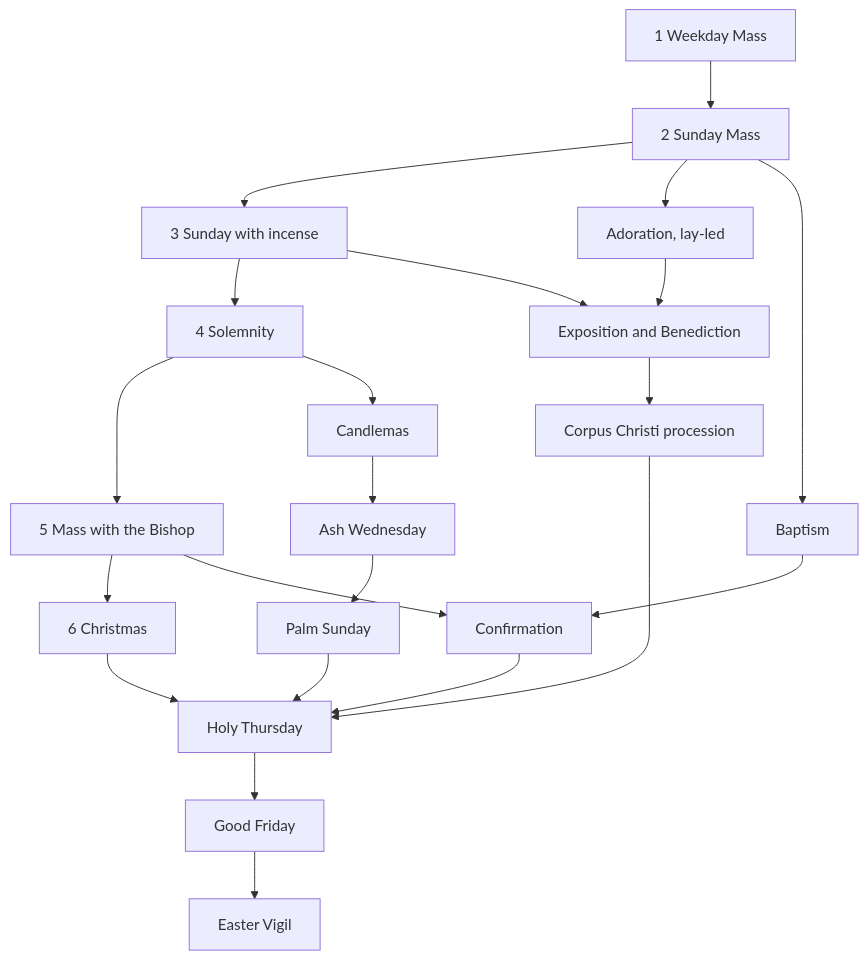
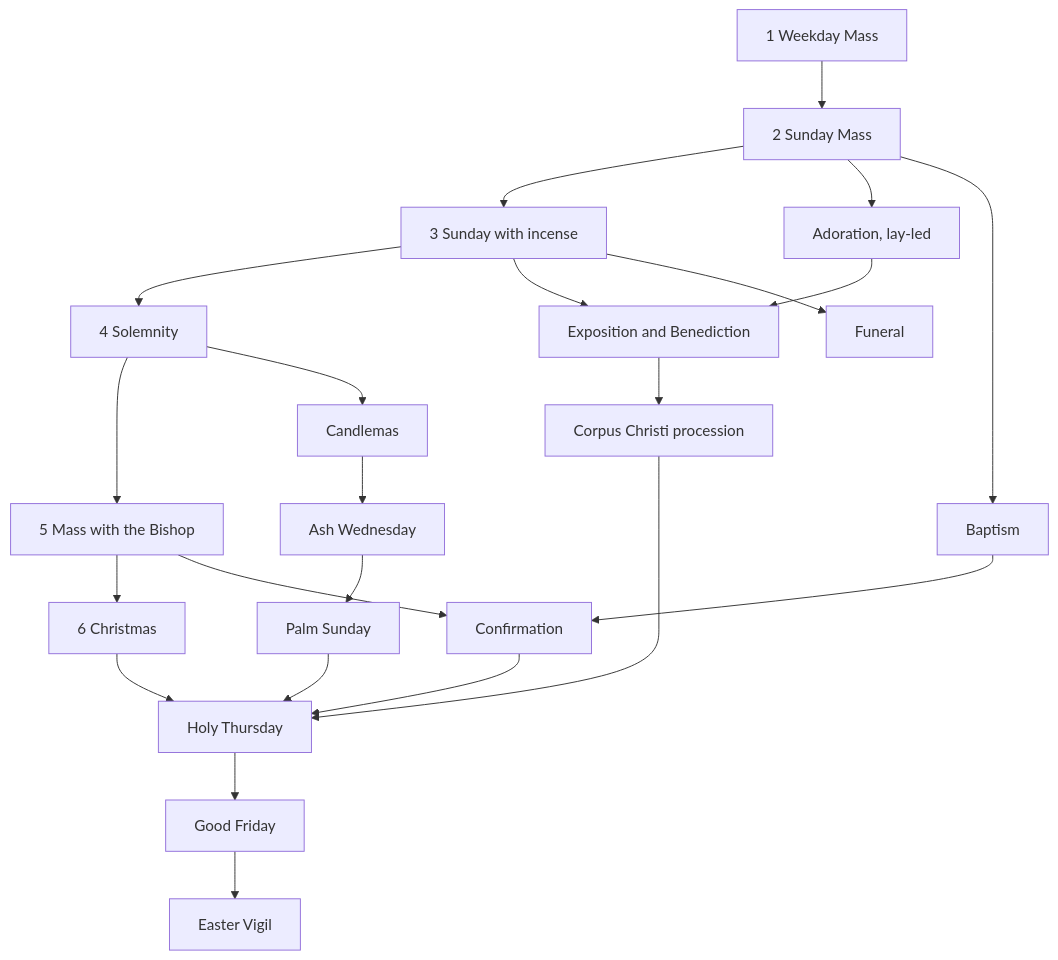
The diagram in docs/DEVELOPMENT.md (jddcef/mass-sim-liturgy), drawn with Mermaid before and after one commit. The commit also changed other lines of this file and 15 other files, not shown here.

````diff
--- a/docs/DEVELOPMENT.md
+++ b/docs/DEVELOPMENT.md
@@ -199,15 +203,16 @@
 ```mermaid
 flowchart TD
   F[1 Weekday Mass] --> S[2 Sunday Mass] --> SI[3 Sunday with incense] --> SO[4 Solemnity]
   SO --> B[5 Mass with the Bishop] --> N[6 Christmas]
   S --> AL[Adoration, lay-led] --> EB[Exposition and Benediction] --> CC[Corpus Christi procession]
   SI --> EB
   SO --> CA[Candlemas] --> AW[Ash Wednesday] --> PS[Palm Sunday]
   S --> BA[Baptism] --> CF
+  SI --> FU[Funeral]
   B --> CF[Confirmation]
   N --> HT[Holy Thursday]
   PS --> HT
   CC --> HT
   CF --> HT
   HT --> GF[Good Friday] --> EV[Easter Vigil]
 ```
````
